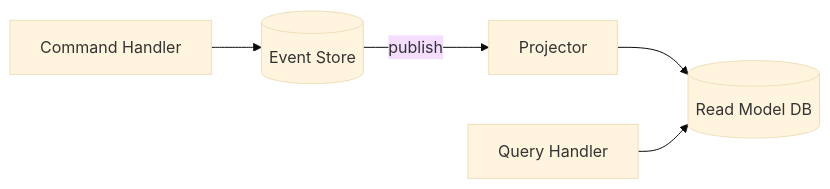
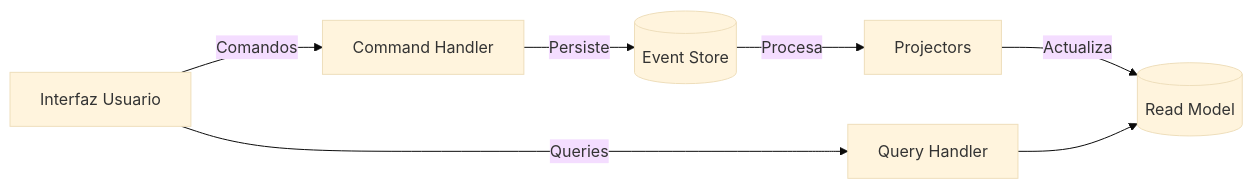
One commit to kevinmamaqi/curso-ddd-hexagonal-node changed the third of 4 diagrams in curso/dia-06/02-cqrs-fundamentos.md. Above: the diagram before and after it, drawn with Mermaid (base theme). The commit also changed other lines of this file and 24 other files, not shown here.

````diff
--- a/curso/dia-06/02-cqrs-fundamentos.md
+++ b/curso/dia-06/02-cqrs-fundamentos.md
@@ -39,7 +55,9 @@
 ```mermaid
 flowchart LR
-  C[Command Handler] --> ES[(Event Store)]
-  ES --publish--> P[Projector]
-  P --> RM[(Read Model DB)]
-  Q[Query Handler] --> RM
+    UI[Interfaz Usuario] -->|Comandos| CH[Command Handler]
+    UI -->|Queries| QH[Query Handler]
+    CH -->|Persiste| ES[(Event Store)]
+    ES -->|Procesa| P[Projectors]
+    P -->|Actualiza| RM[(Read Model)]
+    QH --> RM
 ```
````
